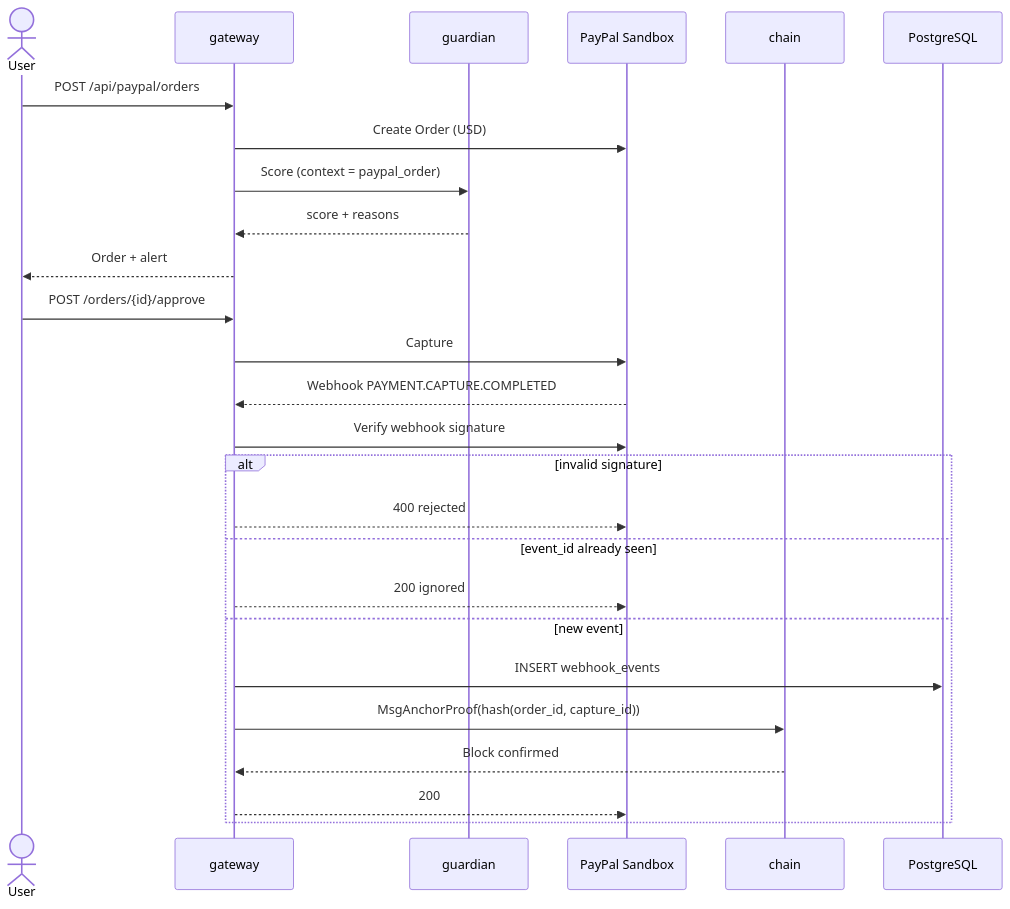
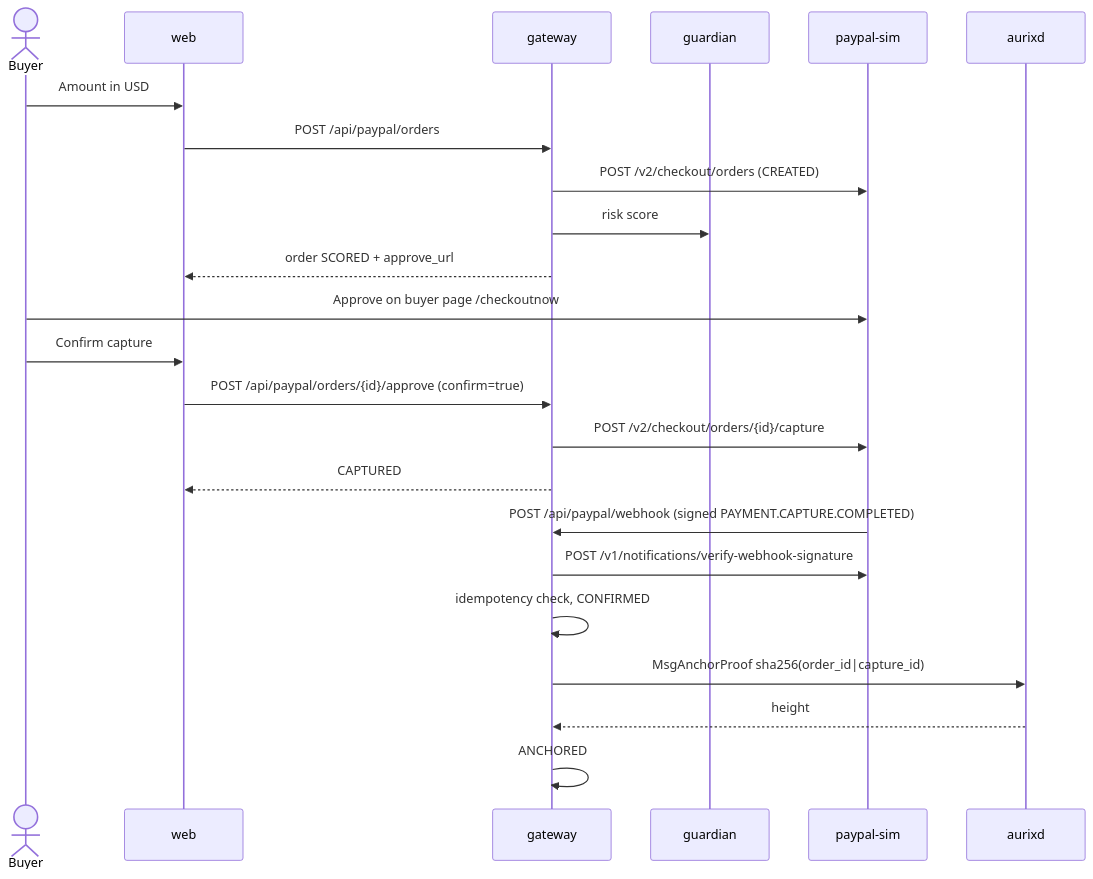
The fifth of 11 diagrams in docs/architecture/diagrams.md (joeylukoji/Aurix), drawn with Mermaid before and after one commit. The commit also changed other lines of this file and 7 other files, not shown here.

Commit message:
docs: as-built architecture, sprint status, Devpost description and demo script

````diff
--- a/docs/architecture/diagrams.md
+++ b/docs/architecture/diagrams.md
@@ -99,28 +93,25 @@
 ```mermaid
 sequenceDiagram
-    actor U as User
+    actor B as Buyer
+    participant W as web
     participant G as gateway
     participant N as guardian
-    participant P as PayPal Sandbox
-    participant C as chain
-    participant D as PostgreSQL
-    U->>G: POST /api/paypal/orders
-    G->>P: Create Order (USD)
-    G->>N: Score (context = paypal_order)
-    N-->>G: score + reasons
-    G-->>U: Order + alert
-    U->>G: POST /orders/{id}/approve
-    G->>P: Capture
-    P-->>G: Webhook PAYMENT.CAPTURE.COMPLETED
-    G->>P: Verify webhook signature
-    alt invalid signature
-        G-->>P: 400 rejected
-    else event_id already seen
-        G-->>P: 200 ignored
-    else new event
-        G->>D: INSERT webhook_events
-        G->>C: MsgAnchorProof(hash(order_id, capture_id))
-        C-->>G: Block confirmed
-        G-->>P: 200
-    end
+    participant P as paypal-sim
+    participant C as aurixd
+    B->>W: Amount in USD
+    W->>G: POST /api/paypal/orders
+    G->>P: POST /v2/checkout/orders (CREATED)
+    G->>N: risk score
+    G-->>W: order SCORED + approve_url
+    B->>P: Approve on buyer page /checkoutnow
+    B->>W: Confirm capture
+    W->>G: POST /api/paypal/orders/{id}/approve (confirm=true)
+    G->>P: POST /v2/checkout/orders/{id}/capture
+    G-->>W: CAPTURED
+    P->>G: POST /api/paypal/webhook (signed PAYMENT.CAPTURE.COMPLETED)
+    G->>P: POST /v1/notifications/verify-webhook-signature
+    G->>G: idempotency check, CONFIRMED
+    G->>C: MsgAnchorProof sha256(order_id|capture_id)
+    C-->>G: height
+    G->>G: ANCHORED
 ```
````
